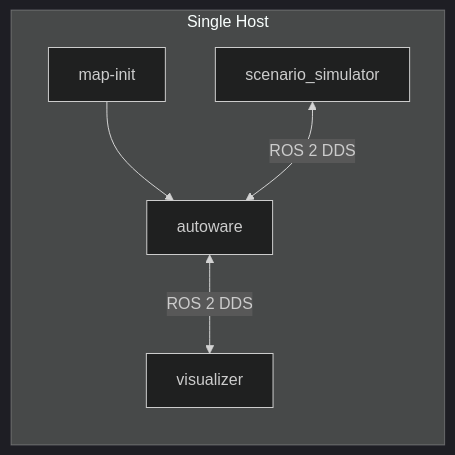
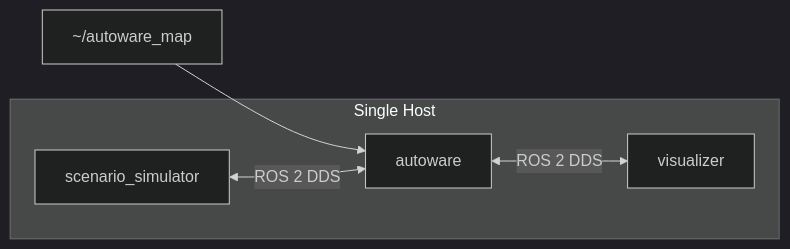
One commit to oguzkaganozt/openadkit changed the diagram in docs/deployment/samples/scenario-simulation/index.md. Above: the diagram before and after it, drawn with Mermaid (dark theme). The commit also changed other lines of this file and 18 other files, not shown here.

````diff
--- a/docs/deployment/samples/scenario-simulation/index.md
+++ b/docs/deployment/samples/scenario-simulation/index.md
@@ -108,13 +129,12 @@
 ```mermaid
 graph LR
     subgraph Host["Single Host"]
         A[autoware]
         S[scenario_simulator]
-        M[map-init]
         V[visualizer]
     end
 
-    M --> A
+    Map[~/autoware_map] --> A
     S <-->|ROS 2 DDS| A
     A <-->|ROS 2 DDS| V
 ```
````
